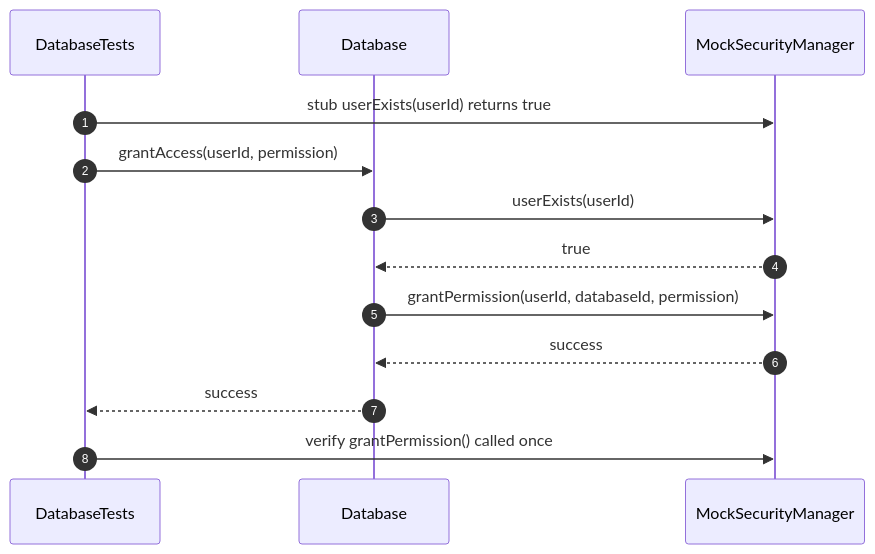
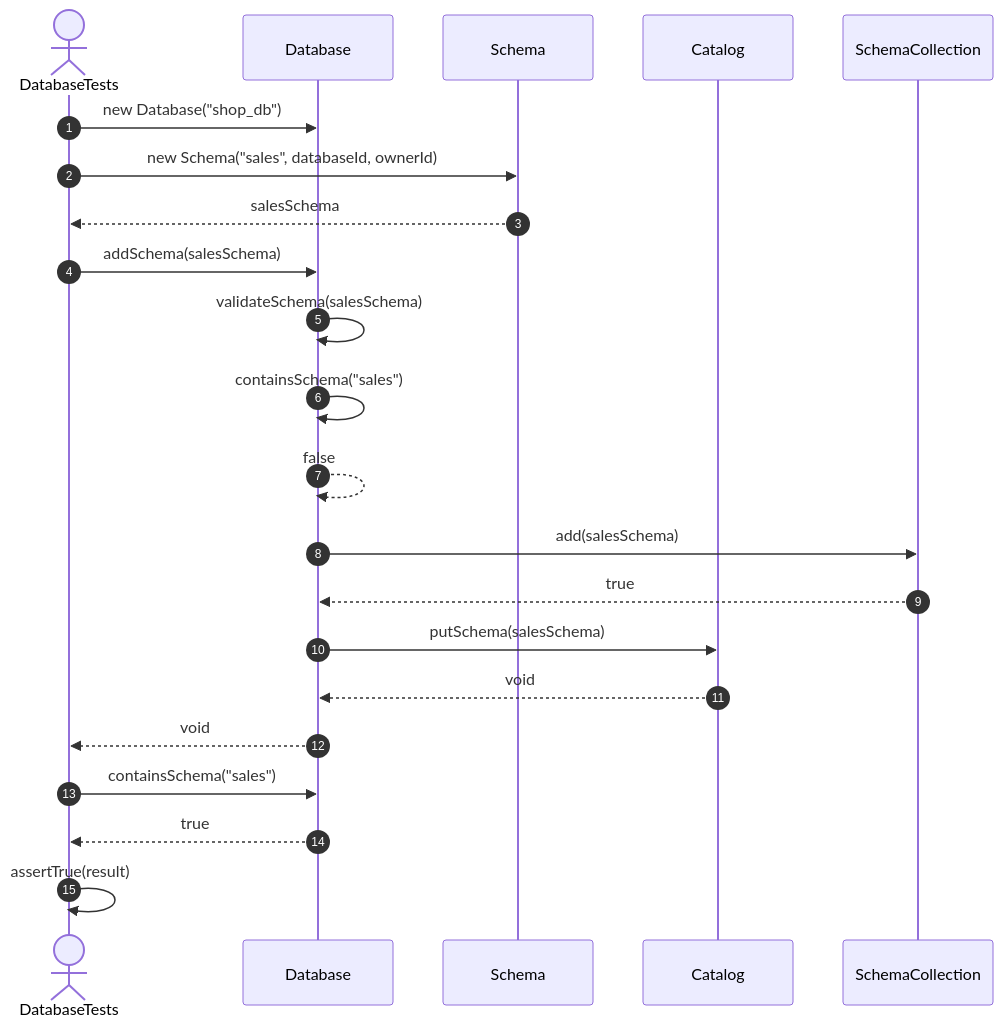
One commit to FhuAnn/-bbv-AN-s-DBMS changed diagram 12 of 41 in src/tests/unit/database/sequences/database-testing.se.md. Above: the diagram before and after it, drawn with Mermaid. The commit also changed other lines of this file and 60 other files, not shown here.

````diff
--- a/src/tests/unit/database/sequences/database-testing.se.md
+++ b/src/tests/unit/database/sequences/database-testing.se.md
@@ -286,21 +303,33 @@
 ```mermaid
 sequenceDiagram
     autonumber
 
-    participant Test as DatabaseTests
-    participant Database
-    participant Security as MockSecurityManager
+    actor Test as DatabaseTests
+    participant DB as Database
+    participant S as Schema
+    participant C as Catalog
+    participant SC as SchemaCollection
 
-    Test->>Security: stub userExists(userId) returns true
-    Test->>Database: grantAccess(userId, permission)
+    Test->>DB: new Database("shop_db")
+    Test->>S: new Schema("sales", databaseId, ownerId)
+    S-->>Test: salesSchema
 
-    Database->>Security: userExists(userId)
-    Security-->>Database: true
+    Test->>DB: addSchema(salesSchema)
 
-    Database->>Security: grantPermission(userId, databaseId, permission)
-    Security-->>Database: success
+    DB->>DB: validateSchema(salesSchema)
+    DB->>DB: containsSchema("sales")
+    DB-->>DB: false
 
-    Database-->>Test: success
+    DB->>SC: add(salesSchema)
+    SC-->>DB: true
 
-    Test->>Security: verify grantPermission() called once
+    DB->>C: putSchema(salesSchema)
+    C-->>DB: void
+
+    DB-->>Test: void
+
+    Test->>DB: containsSchema("sales")
+    DB-->>Test: true
+
+    Test->>Test: assertTrue(result)
 ```
````
